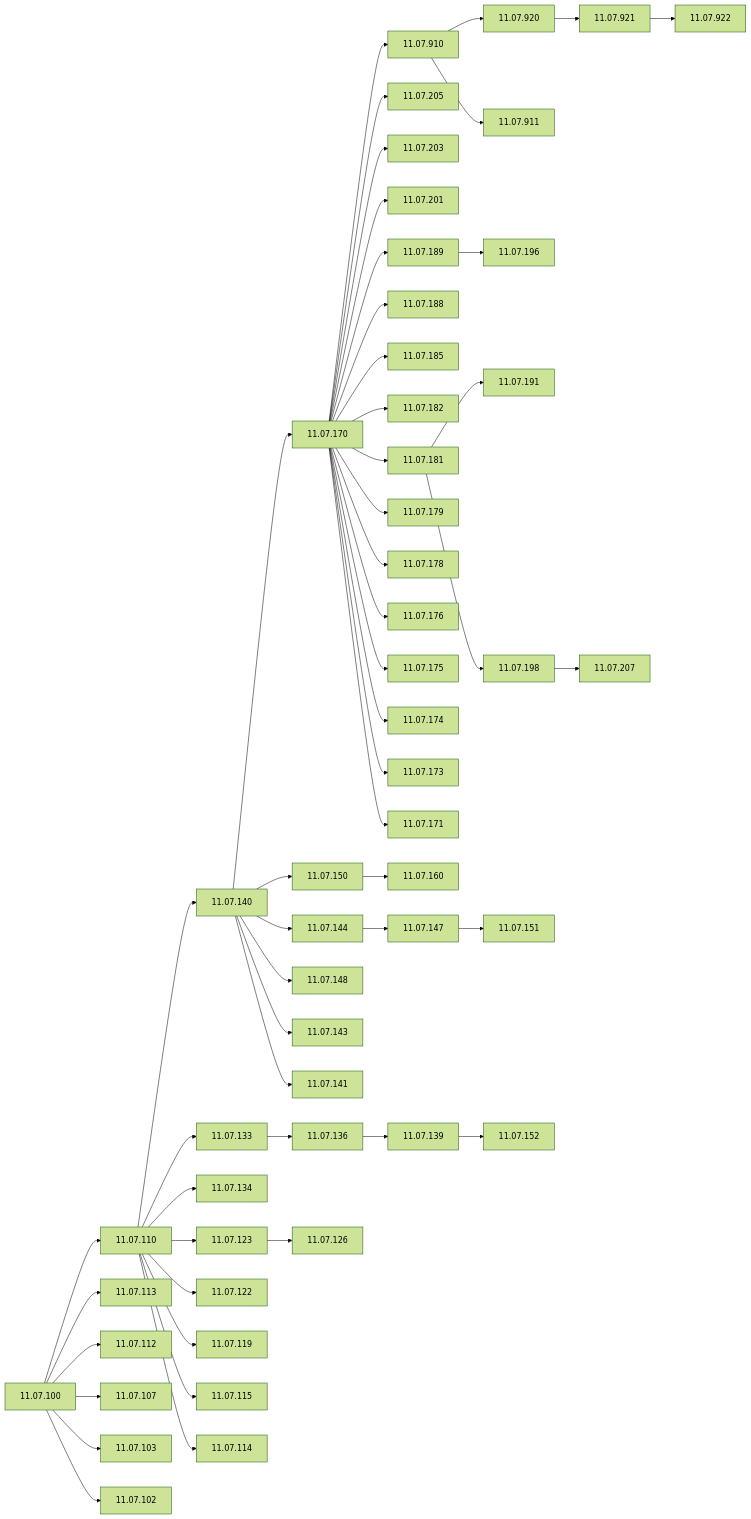
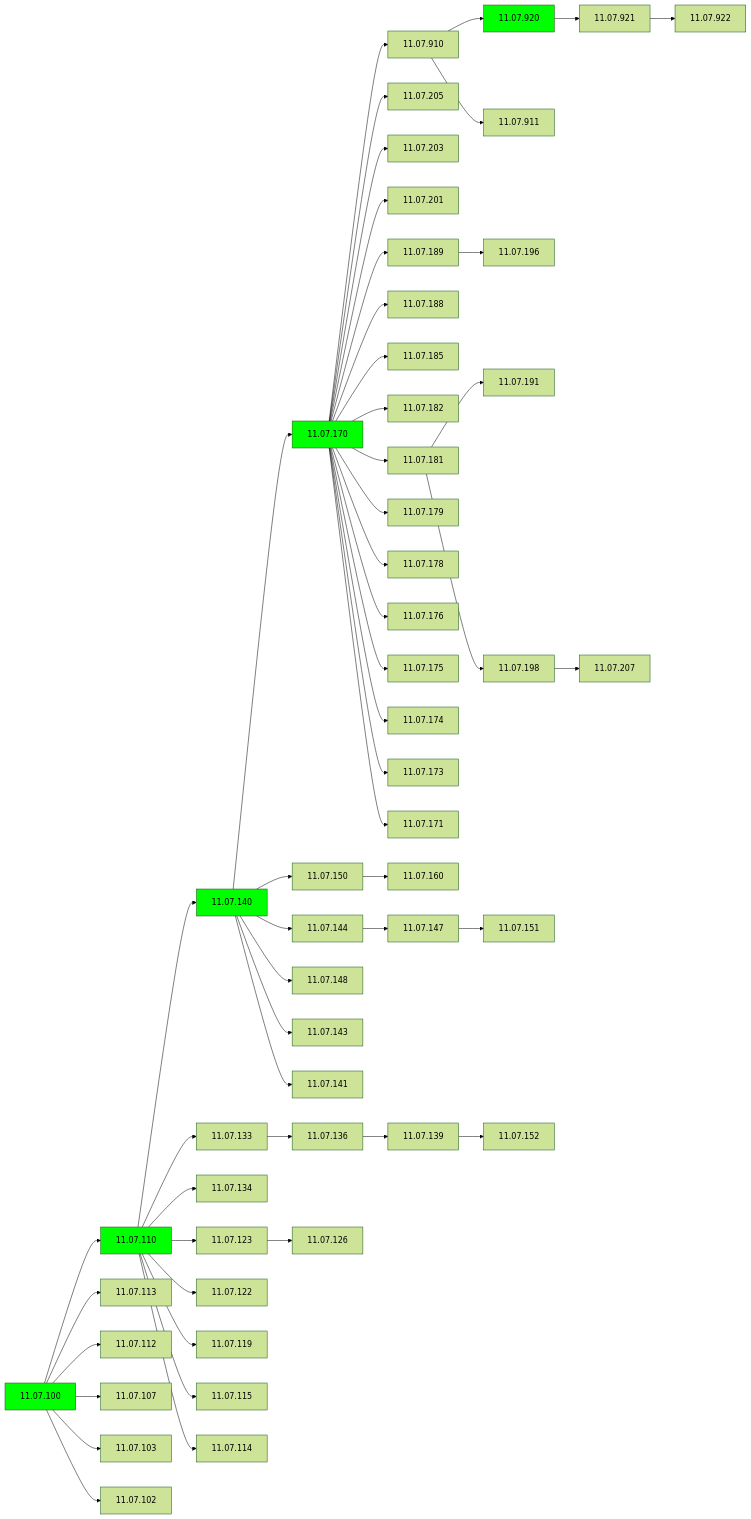
Before and after one commit to woydziak/IGEL-Docs: the third of 4 diagrams in Docs/ReleaseNotes/01-OS11/README.md, drawn with Mermaid (forest theme). The commit also changed other lines of this file, not shown here.

````diff
--- a/Docs/ReleaseNotes/01-OS11/README.md
+++ b/Docs/ReleaseNotes/01-OS11/README.md
@@ -68,38 +93,43 @@
 ```mermaid
 flowchart LR
   11.07.100-->11.07.110-->11.07.140-->11.07.170-->11.07.910-->11.07.920-->11.07.921-->11.07.922
   11.07.910-->11.07.911
   11.07.181-->11.07.191
   11.07.170-->11.07.205
   11.07.170-->11.07.203
   11.07.170-->11.07.201
   11.07.170-->11.07.189-->11.07.196
   11.07.170-->11.07.188
   11.07.170-->11.07.185
   11.07.170-->11.07.182
   11.07.170-->11.07.181-->11.07.198-->11.07.207
   11.07.170-->11.07.179
   11.07.170-->11.07.178
   11.07.170-->11.07.176
   11.07.170-->11.07.175
   11.07.170-->11.07.174
   11.07.170-->11.07.173
   11.07.170-->11.07.171
   11.07.140-->11.07.150-->11.07.160
   11.07.110-->11.07.133-->11.07.136-->11.07.139-->11.07.152
   11.07.140-->11.07.144-->11.07.147-->11.07.151
   11.07.140-->11.07.148
   11.07.140-->11.07.143
   11.07.140-->11.07.141
   11.07.110-->11.07.134
   11.07.110-->11.07.123-->11.07.126
   11.07.110-->11.07.122
   11.07.110-->11.07.119
   11.07.110-->11.07.115
   11.07.110-->11.07.114
   11.07.100-->11.07.113
   11.07.100-->11.07.112
   11.07.100-->11.07.107
   11.07.100-->11.07.103
   11.07.100-->11.07.102
+  style 11.07.920 fill:#00FF00
+  style 11.07.170 fill:#00FF00
+  style 11.07.140 fill:#00FF00
+  style 11.07.110 fill:#00FF00
+  style 11.07.100 fill:#00FF00
 ```
````
